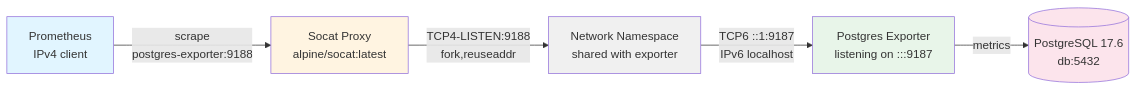
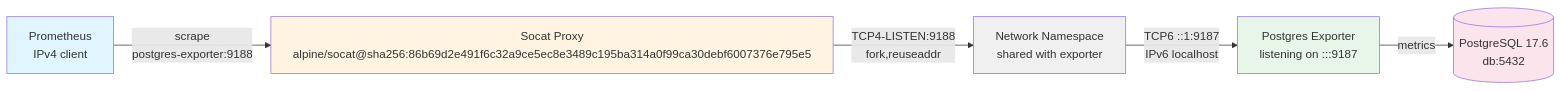
One commit to iamobservable/open-webui-starter changed the third of 3 diagrams in docs/architecture.md. Above: the diagram before and after it, drawn with Mermaid. The commit also changed other lines of this file and 50 other files, not shown here.

````diff
--- a/docs/architecture.md
+++ b/docs/architecture.md
@@ -699,13 +699,13 @@
 ```mermaid
 graph LR
-    A[Prometheus<br/>IPv4 client] -->|scrape<br/>postgres-exporter:9188| B[Socat Proxy<br/>alpine/socat:latest]
+    A[Prometheus<br/>IPv4 client] -->|scrape<br/>postgres-exporter:9188| B[Socat Proxy<br/>alpine/socat@sha256:86b69d2e491f6c32a9ce5ec8e3489c195ba314a0f99ca30debf6007376e795e5]
     B -->|TCP4-LISTEN:9188<br/>fork,reuseaddr| C[Network Namespace<br/>shared with exporter]
     C -->|TCP6 ::1:9187<br/>IPv6 localhost| D[Postgres Exporter<br/>listening on :::9187]
     D -->|metrics| E[(PostgreSQL 17.6<br/>db:5432)]
 
     style A fill:#e1f5ff
     style B fill:#fff4e1
     style C fill:#f0f0f0
     style D fill:#e8f5e9
     style E fill:#fce4ec
 ```
````
